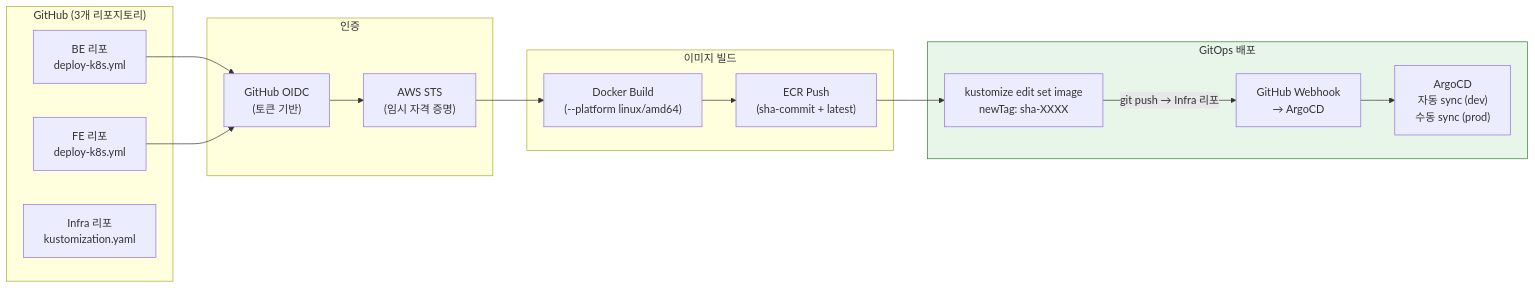
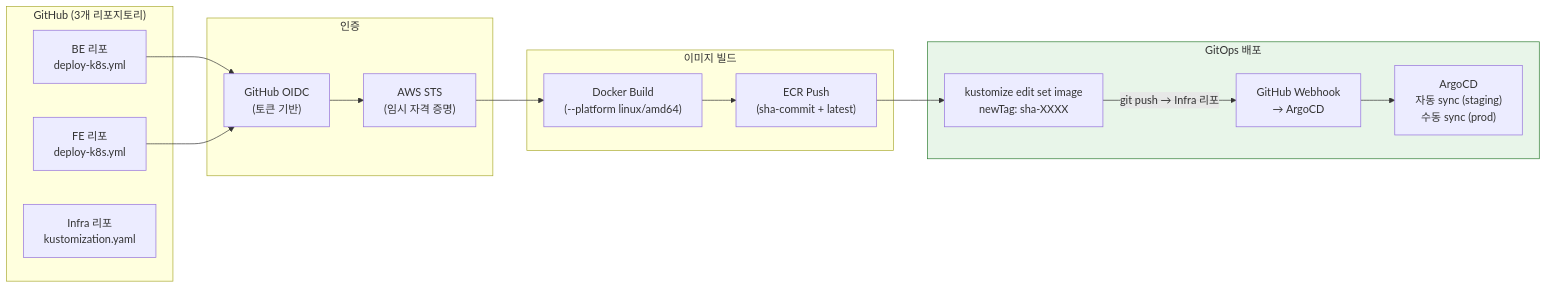
Before and after one commit to revenantonthemission/2-cho-community-infra: the sixth of 19 diagrams in report.md, drawn with Mermaid. The commit also changed other lines of this file and 4 other files, not shown here.

````diff
--- a/report.md
+++ b/report.md
@@ -377,35 +383,35 @@
 ```mermaid
 flowchart LR
     subgraph GitHub["GitHub (3개 리포지토리)"]
         BE["BE 리포<br/>deploy-k8s.yml"]
         FE["FE 리포<br/>deploy-k8s.yml"]
         Infra["Infra 리포<br/>kustomization.yaml"]
     end
 
     subgraph Auth["인증"]
         OIDC["GitHub OIDC<br/>(토큰 기반)"]
         STS["AWS STS<br/>(임시 자격 증명)"]
     end
 
     subgraph Build["이미지 빌드"]
         Docker["Docker Build<br/>(--platform linux/amd64)"]
         ECR_Push["ECR Push<br/>(sha-commit + latest)"]
     end
 
     subgraph GitOps["GitOps 배포"]
         TagCommit["kustomize edit set image<br/>newTag: sha-XXXX"]
         Webhook["GitHub Webhook<br/>→ ArgoCD"]
-        ArgoCDDeploy["ArgoCD<br/>자동 sync (dev)<br/>수동 sync (prod)"]
+        ArgoCDDeploy["ArgoCD<br/>자동 sync (staging)<br/>수동 sync (prod)"]
     end
 
     BE --> OIDC
     FE --> OIDC
     OIDC --> STS
     STS --> Docker
     Docker --> ECR_Push
     ECR_Push --> TagCommit
     TagCommit -->|"git push → Infra 리포"| Webhook
     Webhook --> ArgoCDDeploy
 
     style GitOps fill:#e8f5e9,stroke:#2e7d32
 ```
````
